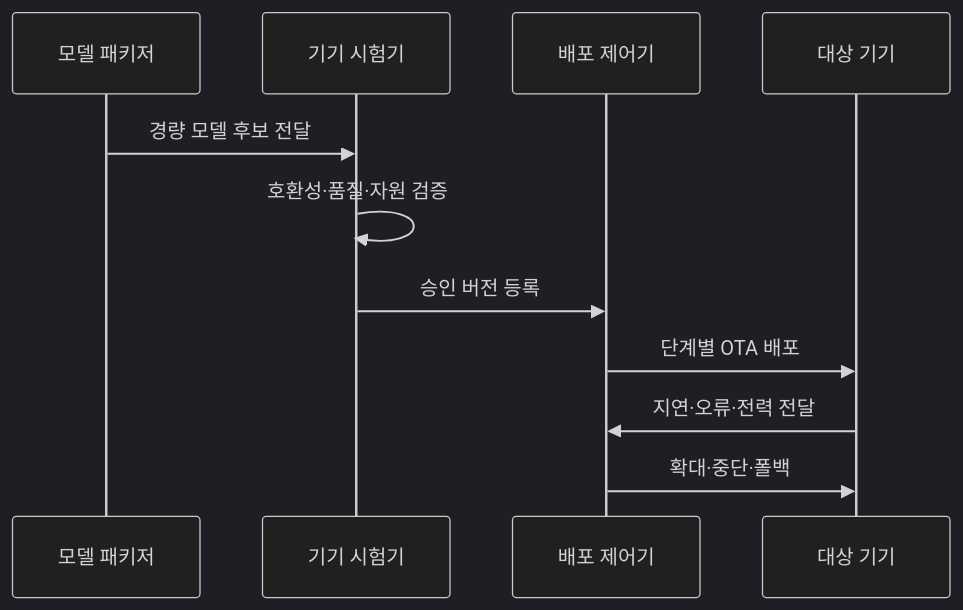
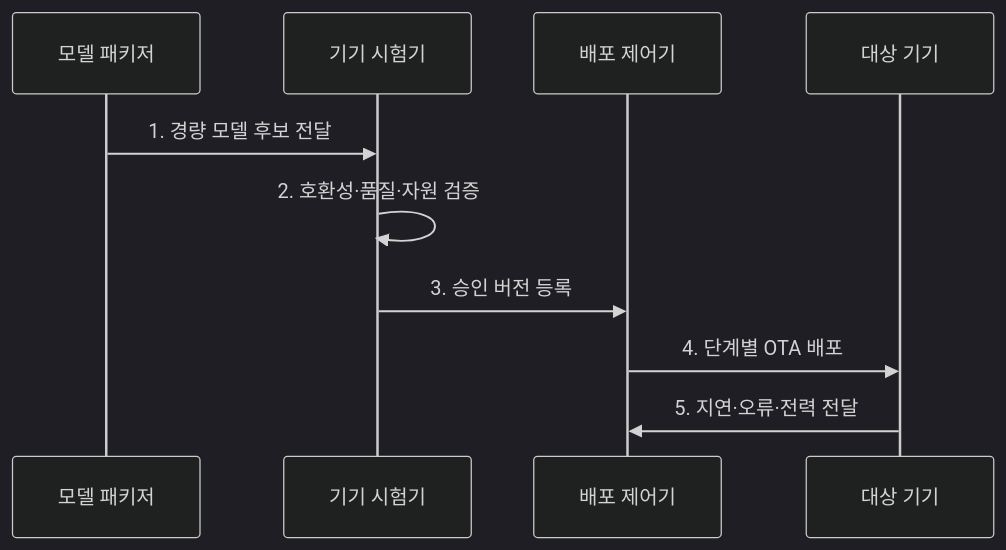
Before and after one commit to agnusdei1207/knowledge-base: the second of 2 diagrams in src/content/docs/notes/03-software/208_on_device_model_deployment.md, drawn with Mermaid (dark theme). The commit also changed other lines of this file and 20 other files, not shown here.

````diff
--- a/src/content/docs/notes/03-software/208_on_device_model_deployment.md
+++ b/src/content/docs/notes/03-software/208_on_device_model_deployment.md
@@ -80,13 +84,13 @@
 ```mermaid
 sequenceDiagram
     participant P as 모델 패키저
     participant T as 기기 시험기
     participant O as 배포 제어기
     participant D as 대상 기기
-    P->>T: 경량 모델 후보 전달
-    T->>T: 호환성·품질·자원 검증
-    T->>O: 승인 버전 등록
-    O->>D: 단계별 OTA 배포
-    D->>O: 지연·오류·전력 전달
-    O->>D: 확대·중단·폴백
+    P->>T: 1. 경량 모델 후보 전달
+    T->>T: 2. 호환성·품질·자원 검증
+    T->>O: 3. 승인 버전 등록
+    O->>D: 4. 단계별 OTA 배포
+    D->>O: 5. 지연·오류·전력 전달
+
 ```
````
